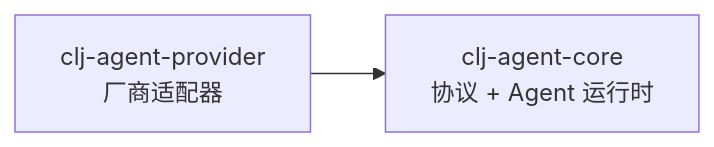
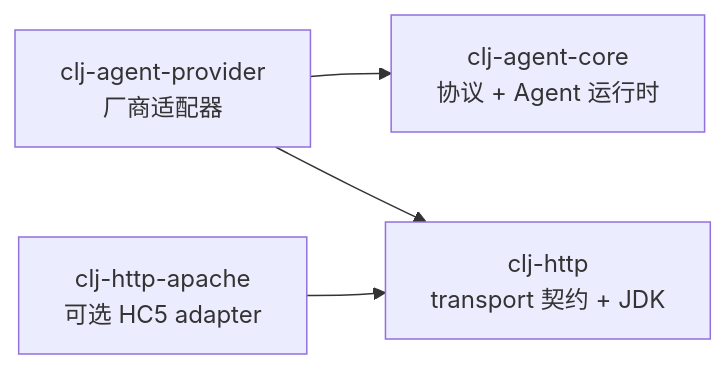
The diagram in modules/README.md (TTalkPro/clj-agent), drawn with Mermaid before and after one commit. The commit also changed other lines of this file and 34 other files, not shown here.

First line of the commit message:
feat(transport): H-07~H-12 provider 可插拔 HTTP transport

````diff
--- a/modules/README.md
+++ b/modules/README.md
@@ -212,7 +228,9 @@
 ```mermaid
 graph LR
     core[clj-agent-core<br/>协议 + Agent 运行时]
     provider[clj-agent-provider<br/>厂商适配器]
 
     provider --> core
+    optional[clj-http-apache<br/>可选 HC5 adapter] --> http[clj-http<br/>transport 契约 + JDK]
+    provider --> http
 ```
````
